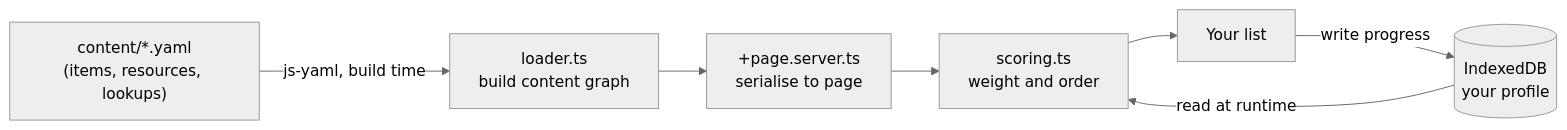
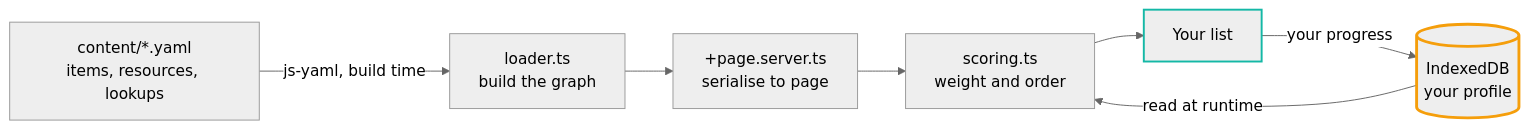
One commit to KashishOO7/spectra changed the third of 3 diagrams in README.md. Above: the diagram before and after it, drawn with Mermaid (neutral theme). The commit also changed other lines of this file and 2 other files, not shown here.

````diff
--- a/README.md
+++ b/README.md
@@ -48,13 +129,16 @@
 ```mermaid
 flowchart LR
-    Y["content/*.yaml<br/>(items, resources, lookups)"]
-    L["loader.ts<br/>build content graph"]
+    Y["content/*.yaml<br/>items, resources, lookups"]
+    L["loader.ts<br/>build the graph"]
     S["+page.server.ts<br/>serialise to page"]
     E["scoring.ts<br/>weight and order"]
     DB[("IndexedDB<br/>your profile")]
     UI["Your list"]
 
     Y -->|"js-yaml, build time"| L --> S --> E --> UI
     DB -->|"read at runtime"| E
-    UI -->|"write progress"| DB
+    UI -->|"your progress"| DB
+
+    style DB stroke:#f59e0b,stroke-width:3px
+    style UI stroke:#14b8a6,stroke-width:2px
 ```
````
